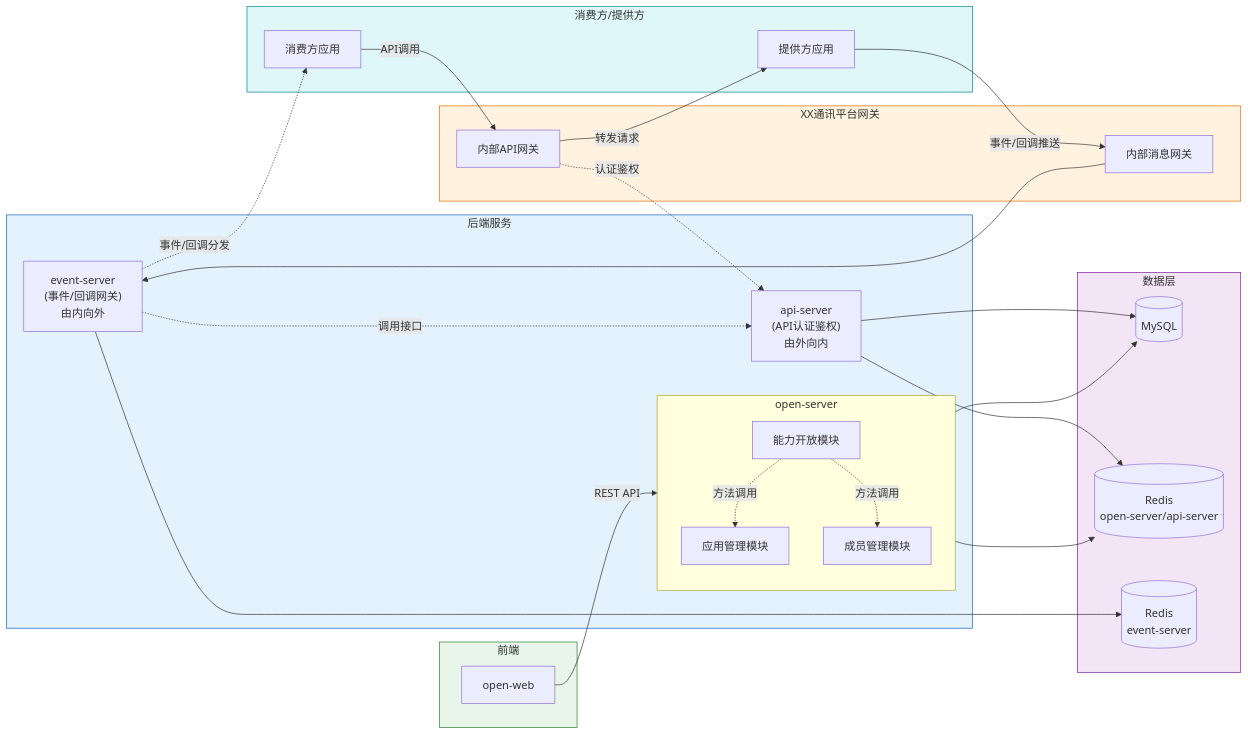
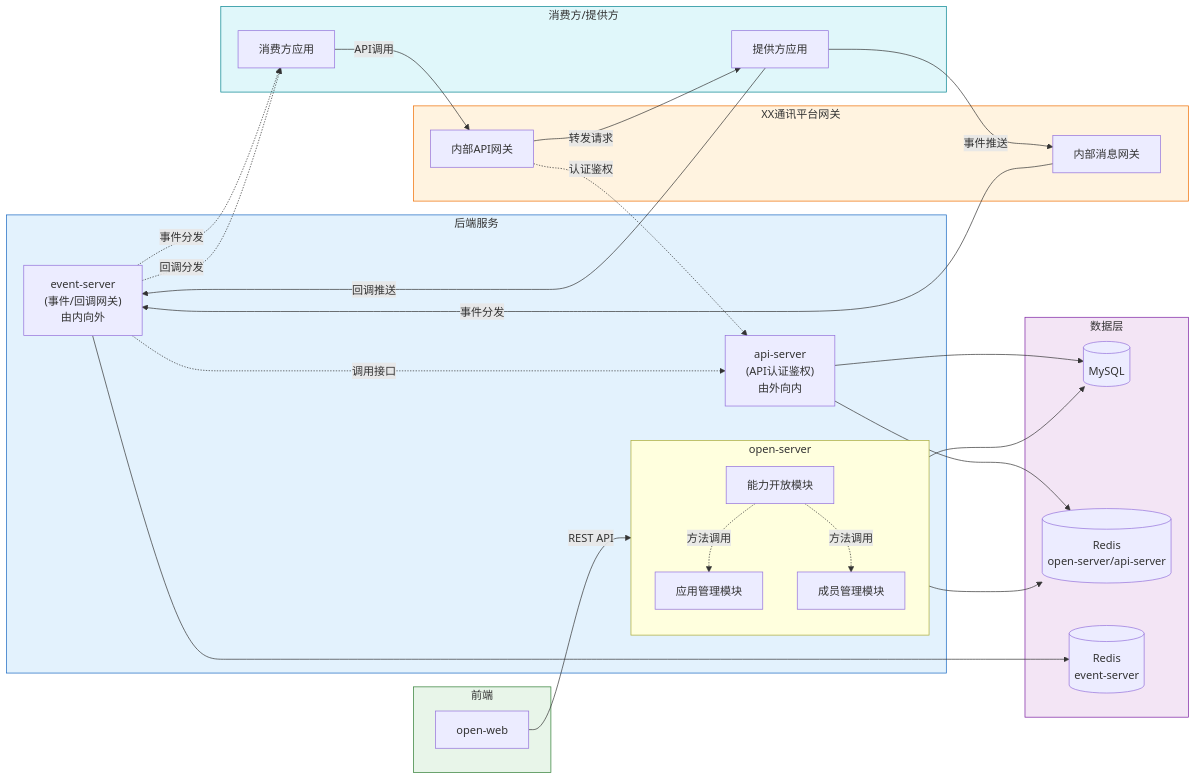
The seventh of 8 diagrams in .sddu/specs-tree-root/specs-tree-capability-open-platform/plan.md (THZSummer/open-app), drawn with Mermaid before and after one commit. The commit also changed other lines of this file, not shown here.

````diff
--- a/.sddu/specs-tree-root/specs-tree-capability-open-platform/plan.md
+++ b/.sddu/specs-tree-root/specs-tree-capability-open-platform/plan.md
@@ -709,65 +717,69 @@
 ```mermaid
 graph LR
     subgraph Frontend["前端"]
         OpenWeb["open-web"]
     end
     
     subgraph Services["后端服务"]
         subgraph OpenServer["open-server"]
             CapMgmt["能力开放模块"]
             AppMgmt["应用管理模块"]
             Member["成员管理模块"]
         end
         ApiServer["api-server\n(API认证鉴权)\n由外向内"]
         EventServer["event-server\n(事件/回调网关)\n由内向外"]
     end
     
     subgraph DataLayer["数据层"]
         MySQL[(MySQL)]
         Redis1[(Redis\nopen-server/api-server)]
         Redis2[(Redis\nevent-server)]
     end
     
     subgraph PlatformGW["XX通讯平台网关"]
         ApiGW["内部API网关"]
         MsgGW["内部消息网关"]
     end
     
     subgraph Consumers["消费方/提供方"]
         Consumer["消费方应用"]
         Provider["提供方应用"]
     end
     
     %% open-web 直接连接 open-server
     OpenWeb -->|REST API| OpenServer
     
     %% open-server 内部模块调用
     CapMgmt -.->|方法调用| AppMgmt
     CapMgmt -.->|方法调用| Member
     
     %% open-server 和 api-server 访问数据层
     OpenServer --> MySQL
     OpenServer --> Redis1
     ApiServer --> MySQL
     ApiServer --> Redis1
     
     %% event-server 有独立 Redis，无数据库，调用 api-server 获取数据
     EventServer --> Redis2
     EventServer -.->|调用接口| ApiServer
     
     %% API调用流程（由外向内）
     Consumer -->|API调用| ApiGW
     ApiGW -.->|认证鉴权| ApiServer
     ApiGW -->|转发请求| Provider
     
-    %% 事件/回调推送流程（由内向外）
-    Provider -->|事件/回调推送| MsgGW
-    MsgGW --> EventServer
-    EventServer -.->|事件/回调分发| Consumer
+    %% 事件推送流程（由内向外）：提供方 -> 内部消息网关 -> event-server -> 消费方
+    Provider -->|事件推送| MsgGW
+    MsgGW -->|事件分发| EventServer
+    EventServer -.->|事件分发| Consumer
+    
+    %% 回调推送流程（由内向外）：提供方 -> event-server -> 消费方（不经内部消息网关）
+    Provider -->|回调推送| EventServer
+    EventServer -.->|回调分发| Consumer
     
     style Frontend fill:#e8f5e9,stroke:#2e7d32
     style Services fill:#e3f2fd,stroke:#1565c0
     style DataLayer fill:#f3e5f5,stroke:#7b1fa2
     style PlatformGW fill:#fff3e0,stroke:#ef6c00
     style Consumers fill:#e0f7fa,stroke:#00838f
 ```
````
